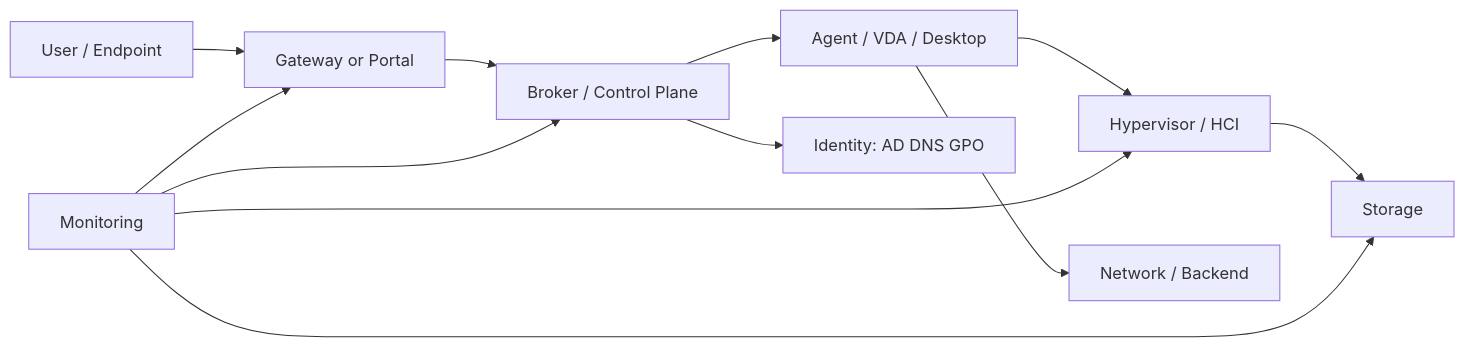
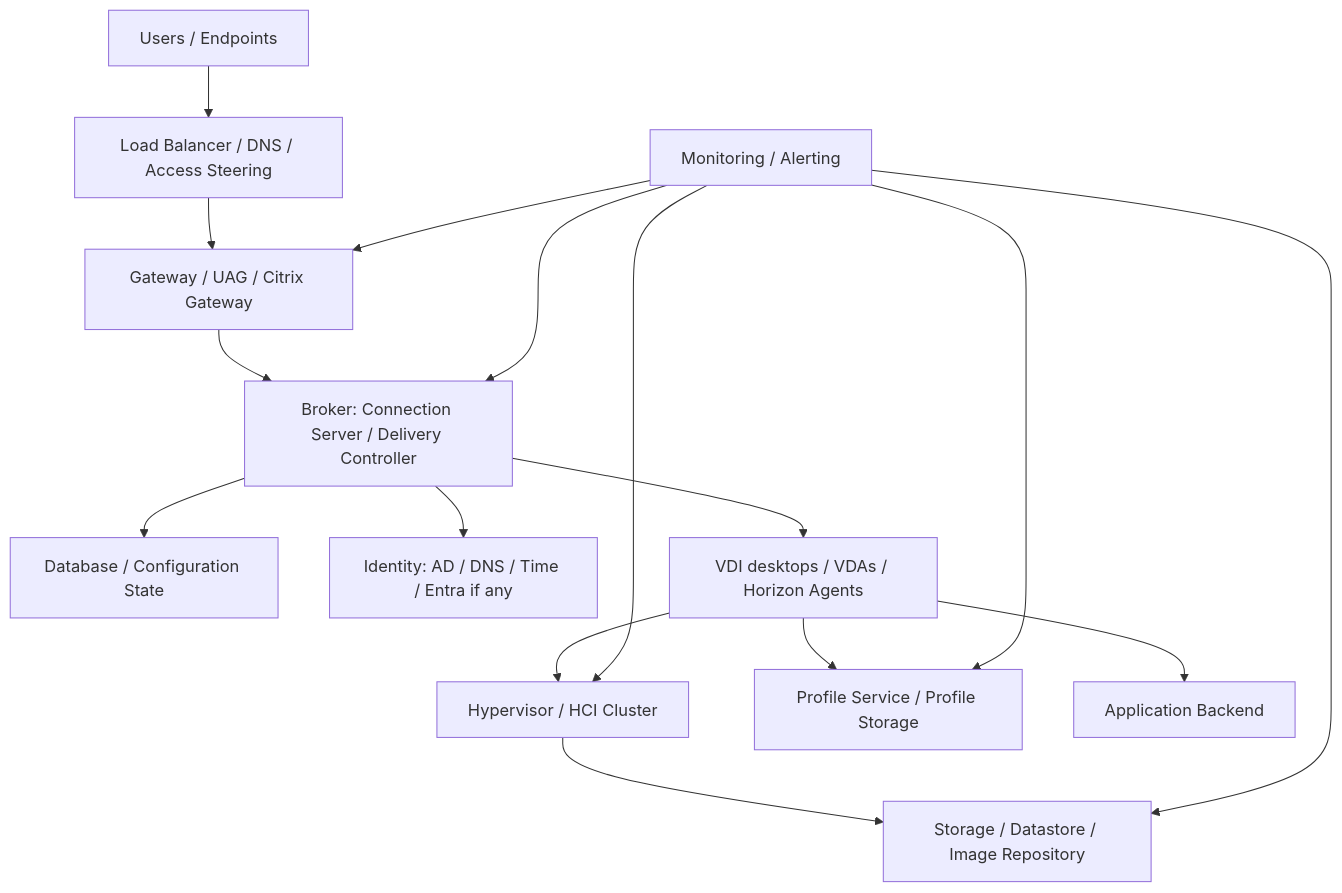
Before and after one commit to dongphongtieungao/vdi-training: the diagram in wiki/topics/23_VDI_High_Availability_and_Disaster_Recovery_Guide.md, drawn with Mermaid. The commit also changed other lines of this file and 17 other files, not shown here.

Commit message:
Refactor wiki schema and update training pages

````diff
--- a/wiki/topics/23_VDI_High_Availability_and_Disaster_Recovery_Guide.md
+++ b/wiki/topics/23_VDI_High_Availability_and_Disaster_Recovery_Guide.md
@@ -101,14 +68,18 @@
 ```mermaid
-flowchart LR
-  U[User / Endpoint] --> G[Gateway or Portal]
-  G --> B[Broker / Control Plane]
-  B --> A[Agent / VDA / Desktop]
-  B --> I[Identity: AD DNS GPO]
-  A --> H[Hypervisor / HCI]
-  H --> S[Storage]
-  A --> N[Network / Backend]
-  M[Monitoring] --> G
-  M --> B
+flowchart TB
+  U["Users / Endpoints"] --> LB1["Load Balancer / DNS / Access Steering"]
+  LB1 --> G1["Gateway / UAG / Citrix Gateway"]
+  G1 --> B1["Broker: Connection Server / Delivery Controller"]
+  B1 --> DB["Database / Configuration State"]
+  B1 --> I["Identity: AD / DNS / Time / Entra if any"]
+  B1 --> D["VDI desktops / VDAs / Horizon Agents"]
+  D --> H["Hypervisor / HCI Cluster"]
+  H --> S["Storage / Datastore / Image Repository"]
+  D --> P["Profile Service / Profile Storage"]
+  D --> A["Application Backend"]
+  M["Monitoring / Alerting"] --> G1
+  M --> B1
   M --> H
   M --> S
+  M --> P
 ```
````
